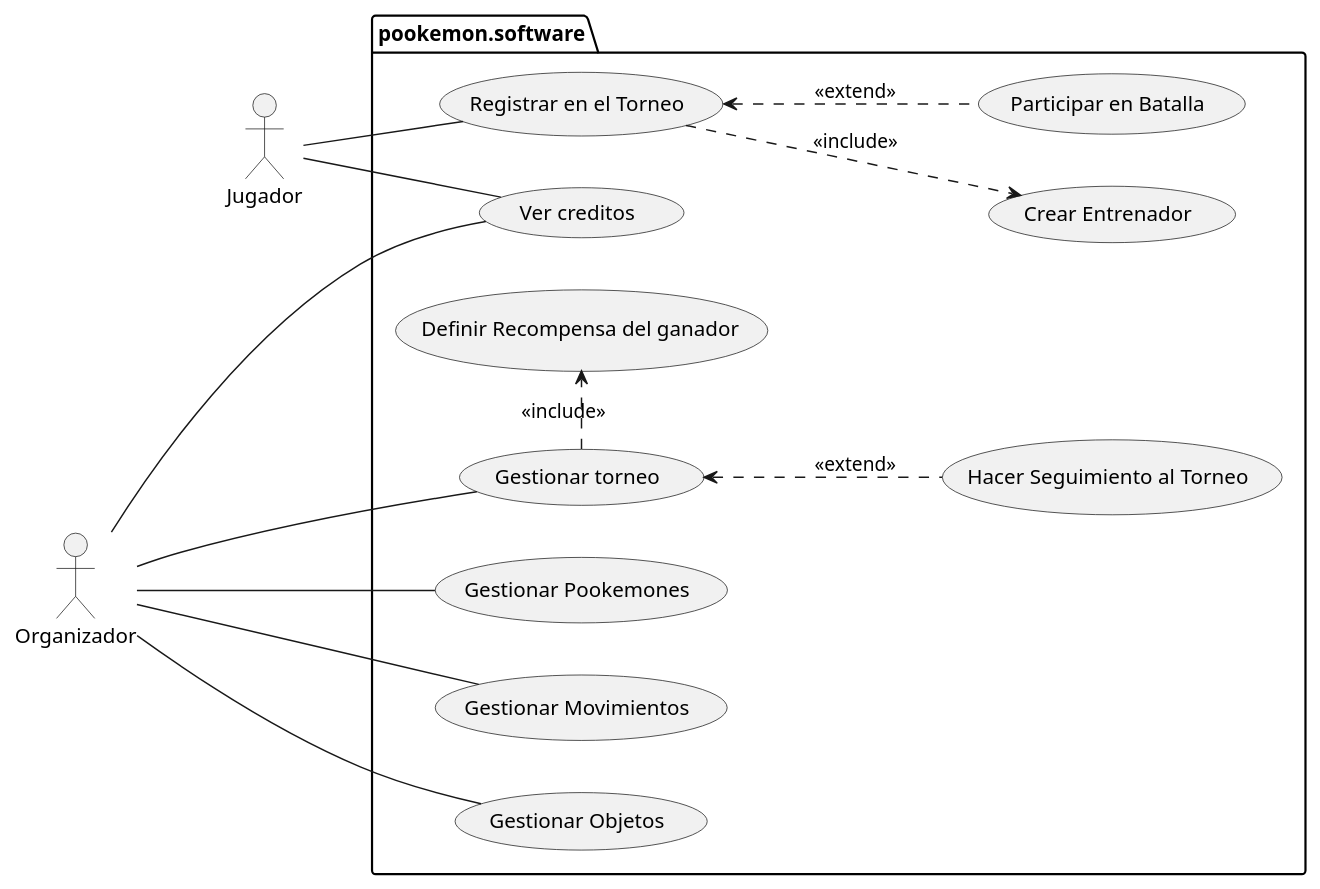
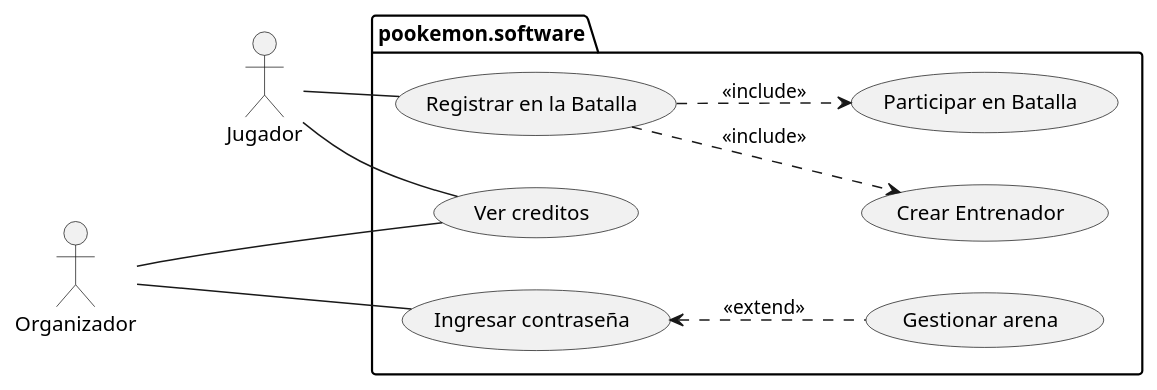
Before and after one commit to Edmh1/Poo-Kemon-proyecto: the diagram in 5 diagramas de casos de uso/Casos de usos (Nivel 0).plantuml, drawn with PlantUML.

Commit message:
Casos de uso nivel 0 listo

```diff
--- a/5 diagramas de casos de uso/Casos de usos (Nivel 0).plantuml
+++ b/5 diagramas de casos de uso/Casos de usos (Nivel 0).plantuml
@@ -1,42 +1,34 @@
 @startuml casos_de_uso_nivel_0
 
 left to right direction
 
 actor Jugador 
 actor Organizador 
 
 package "pookemon.software" {
     
-    usecase "Registrar en el Torneo" as regTor
+    usecase "Registrar en la Batalla" as regTor
     usecase "Crear Entrenador" as creEnt
     usecase "Participar en Batalla" as parBat
 
     usecase "Ver creditos" as verCre
 
-    usecase "Gestionar torneo" as creTor
-    usecase "Hacer Seguimiento al Torneo" as hacSeg
-    usecase "Definir Recompensa del ganador" as defRec
-    usecase "Gestionar Pookemones" as gesPoo
-    usecase "Gestionar Movimientos" as gesMov
-    usecase "Gestionar Objetos" as gesObj
+    usecase "Gestionar arena" as creTor
+    usecase "Ingresar contraseña" as ing
+  
 }
 
 Jugador -- verCre
 
 
 Jugador -- regTor
 regTor ..> creEnt:<<include>>
-regTor <.. parBat:<<extend>>
+regTor ..> parBat:<<include>>
 
 Organizador --- verCre
+Organizador -- ing
 
-Organizador -- creTor
-creTor .> defRec:<<include>>
-creTor <.. hacSeg:<<extend>>
+ing <.. creTor:<<extend>>
 
 
-Organizador -- gesPoo
-Organizador -- gesObj
-Organizador -- gesMov
-
 @enduml
```
